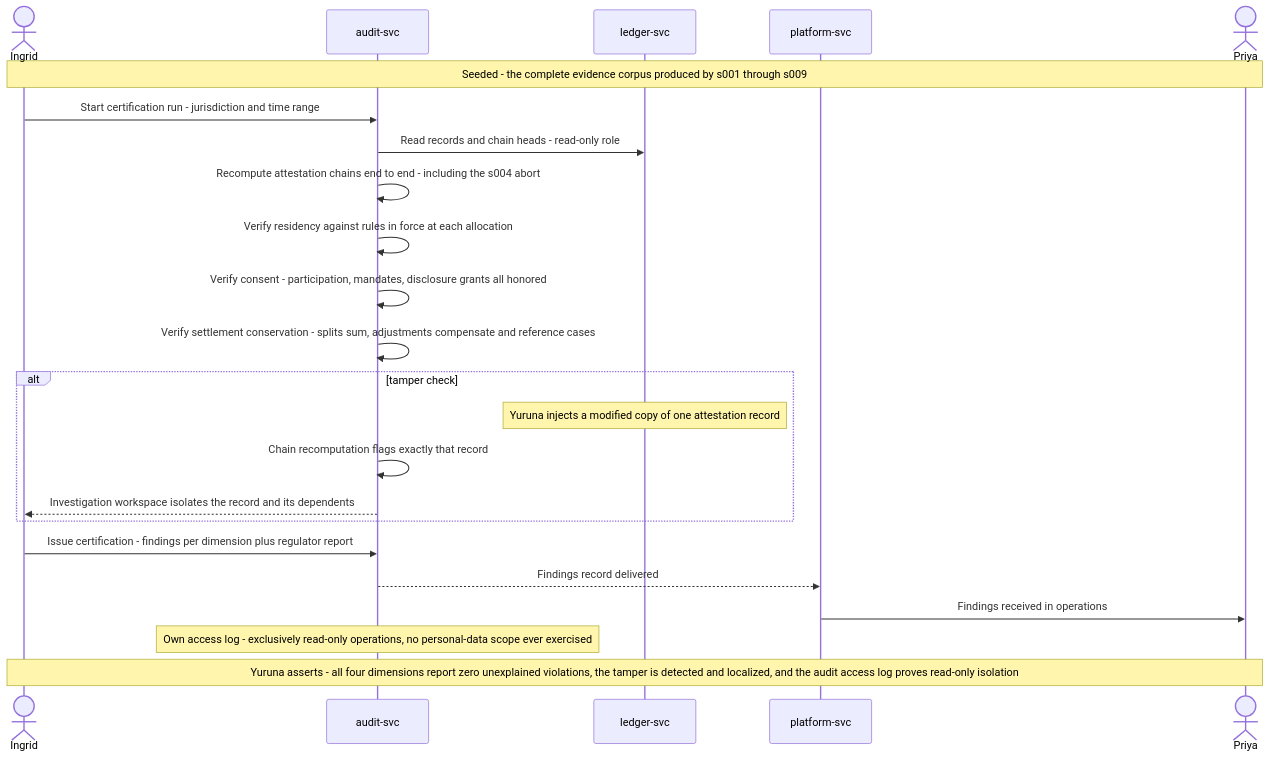
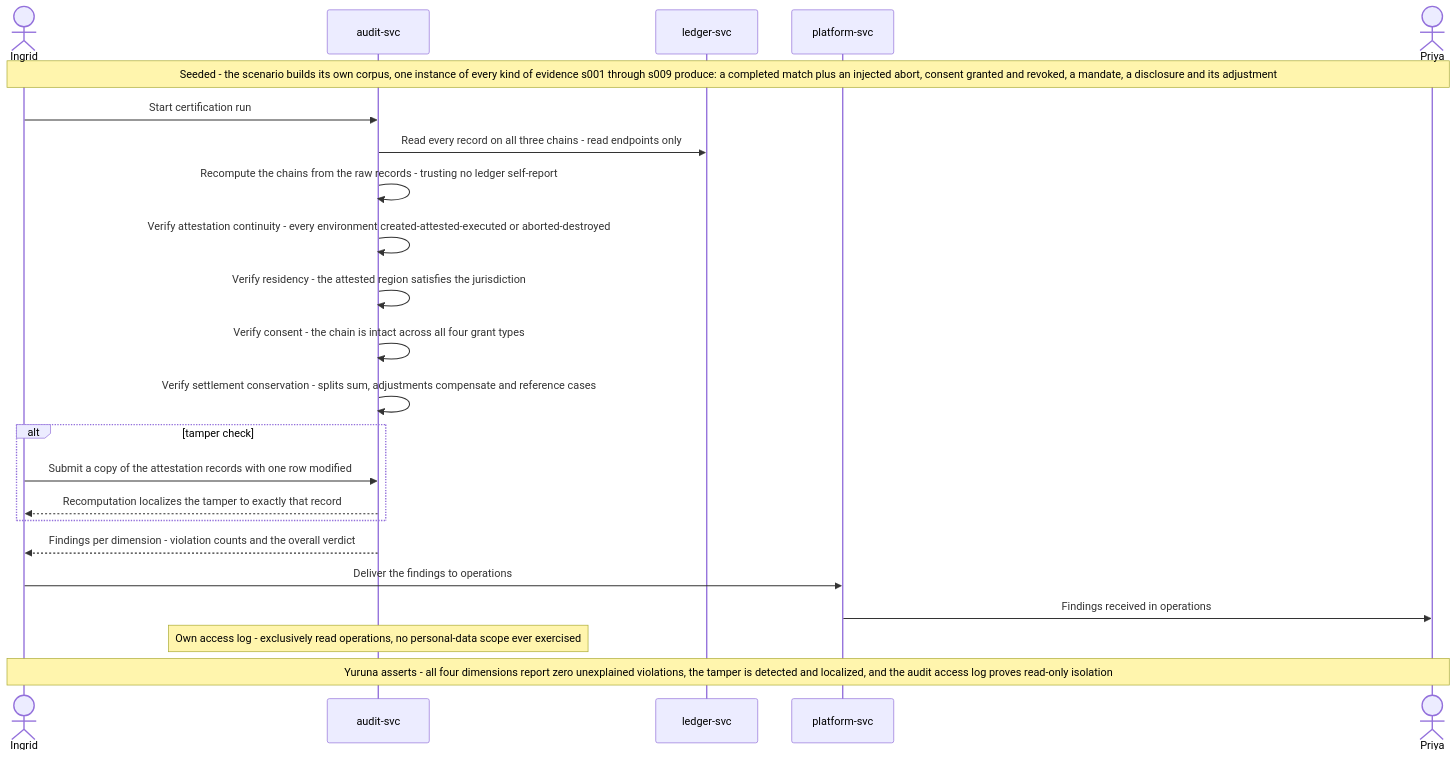
Before and after one commit to alius-git/amisad.dev: the diagram in plan/design/seq.s010.certification.md, drawn with Mermaid. The commit also changed other lines of this file and 19 other files, not shown here.

````diff
--- a/plan/design/seq.s010.certification.md
+++ b/plan/design/seq.s010.certification.md
@@ -7,26 +7,26 @@
 ```mermaid
 sequenceDiagram
     actor Ingrid
     participant AuditSvc as audit-svc
     participant LedgerSvc as ledger-svc
     participant PlatformSvc as platform-svc
     actor Priya
 
-    Note over Ingrid,Priya: Seeded - the complete evidence corpus produced by s001 through s009
-    Ingrid->>AuditSvc: Start certification run - jurisdiction and time range
-    AuditSvc->>LedgerSvc: Read records and chain heads - read-only role
-    AuditSvc->>AuditSvc: Recompute attestation chains end to end - including the s004 abort
-    AuditSvc->>AuditSvc: Verify residency against rules in force at each allocation
-    AuditSvc->>AuditSvc: Verify consent - participation, mandates, disclosure grants all honored
+    Note over Ingrid,Priya: Seeded - the scenario builds its own corpus, one instance of every kind of evidence s001 through s009 produce: a completed match plus an injected abort, consent granted and revoked, a mandate, a disclosure and its adjustment
+    Ingrid->>AuditSvc: Start certification run
+    AuditSvc->>LedgerSvc: Read every record on all three chains - read endpoints only
+    AuditSvc->>AuditSvc: Recompute the chains from the raw records - trusting no ledger self-report
+    AuditSvc->>AuditSvc: Verify attestation continuity - every environment created-attested-executed or aborted-destroyed
+    AuditSvc->>AuditSvc: Verify residency - the attested region satisfies the jurisdiction
+    AuditSvc->>AuditSvc: Verify consent - the chain is intact across all four grant types
     AuditSvc->>AuditSvc: Verify settlement conservation - splits sum, adjustments compensate and reference cases
     alt tamper check
-        Note over LedgerSvc: Yuruna injects a modified copy of one attestation record
-        AuditSvc->>AuditSvc: Chain recomputation flags exactly that record
-        AuditSvc-->>Ingrid: Investigation workspace isolates the record and its dependents
+        Ingrid->>AuditSvc: Submit a copy of the attestation records with one row modified
+        AuditSvc-->>Ingrid: Recomputation localizes the tamper to exactly that record
     end
-    Ingrid->>AuditSvc: Issue certification - findings per dimension plus regulator report
-    AuditSvc-->>PlatformSvc: Findings record delivered
+    AuditSvc-->>Ingrid: Findings per dimension - violation counts and the overall verdict
+    Ingrid->>PlatformSvc: Deliver the findings to operations
     PlatformSvc->>Priya: Findings received in operations
-    Note over AuditSvc: Own access log - exclusively read-only operations, no personal-data scope ever exercised
+    Note over AuditSvc: Own access log - exclusively read operations, no personal-data scope ever exercised
     Note over Ingrid,Priya: Yuruna asserts - all four dimensions report zero unexplained violations, the tamper is detected and localized, and the audit access log proves read-only isolation
 ```
````
